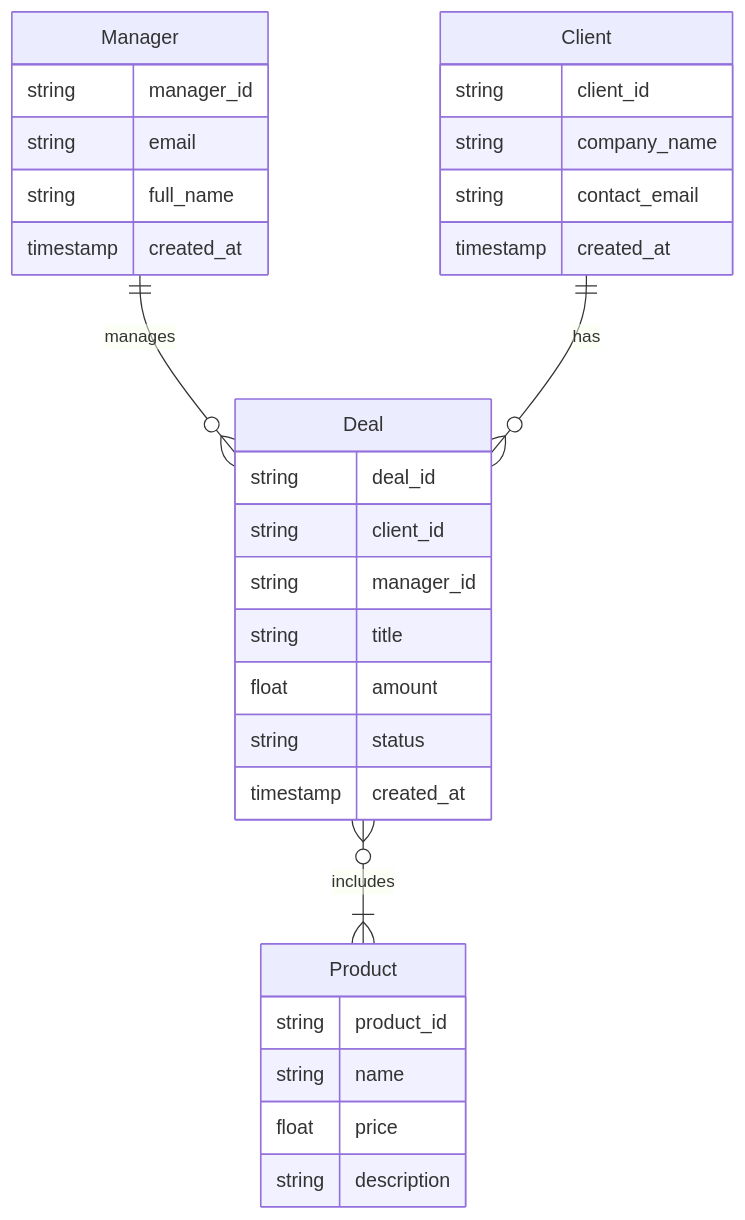
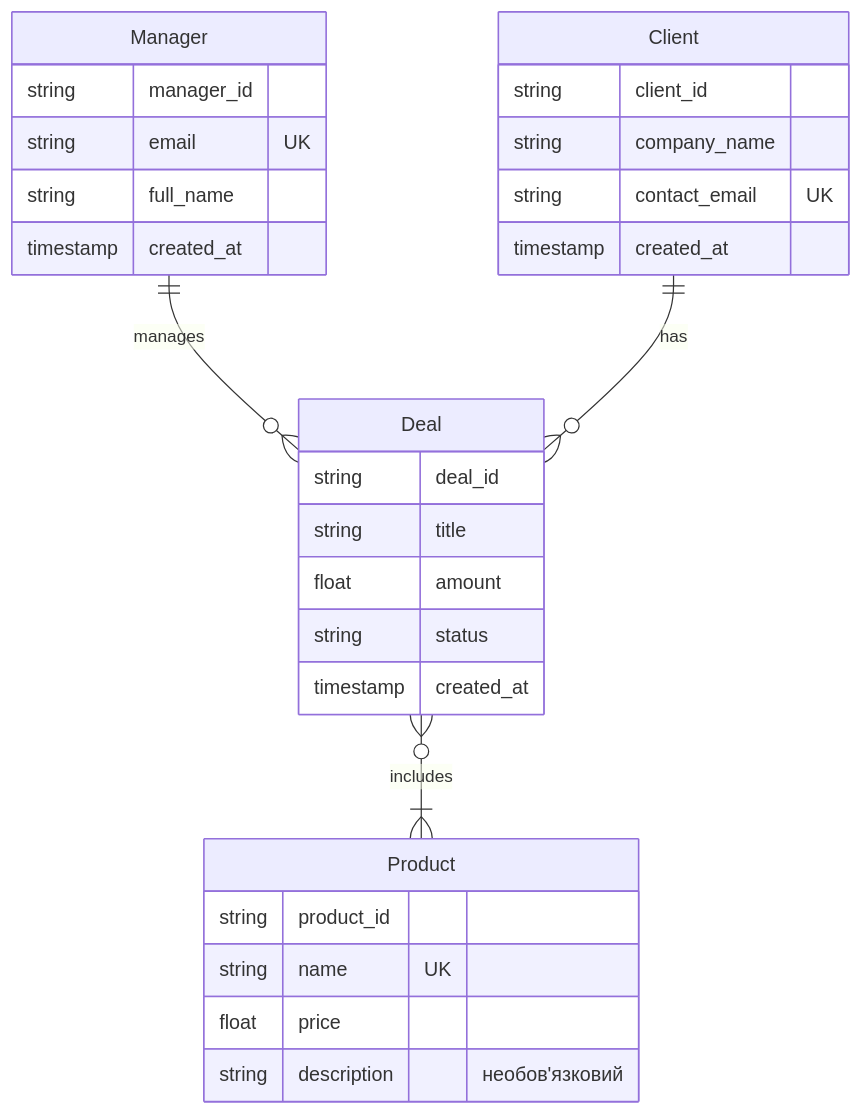
Before and after one commit to VitalityTech/SRMA_Labs: the diagram in lab1/model/er-diagram.mmd, drawn with Mermaid. The commit also changed 2 other files, not shown here.

Commit message:
fix(lab1/model): append regenerated model to prompt-2 and update ER diagram

```diff
--- a/lab1/model/er-diagram.mmd
+++ b/lab1/model/er-diagram.mmd
@@ -1,32 +1,30 @@
 erDiagram
     Manager ||--o{ Deal : manages
     Client ||--o{ Deal : has
     Deal }o--|{ Product : includes
 
     Manager {
         string manager_id
-        string email
+        string email UK
         string full_name
         timestamp created_at
     }
     Client {
         string client_id
         string company_name
-        string contact_email
+        string contact_email UK
         timestamp created_at
     }
     Deal {
         string deal_id
-        string client_id
-        string manager_id
         string title
         float amount
         string status
         timestamp created_at
     }
     Product {
         string product_id
-        string name
+        string name UK
         float price
-        string description
+        string description "необов'язковий"
     }
```
